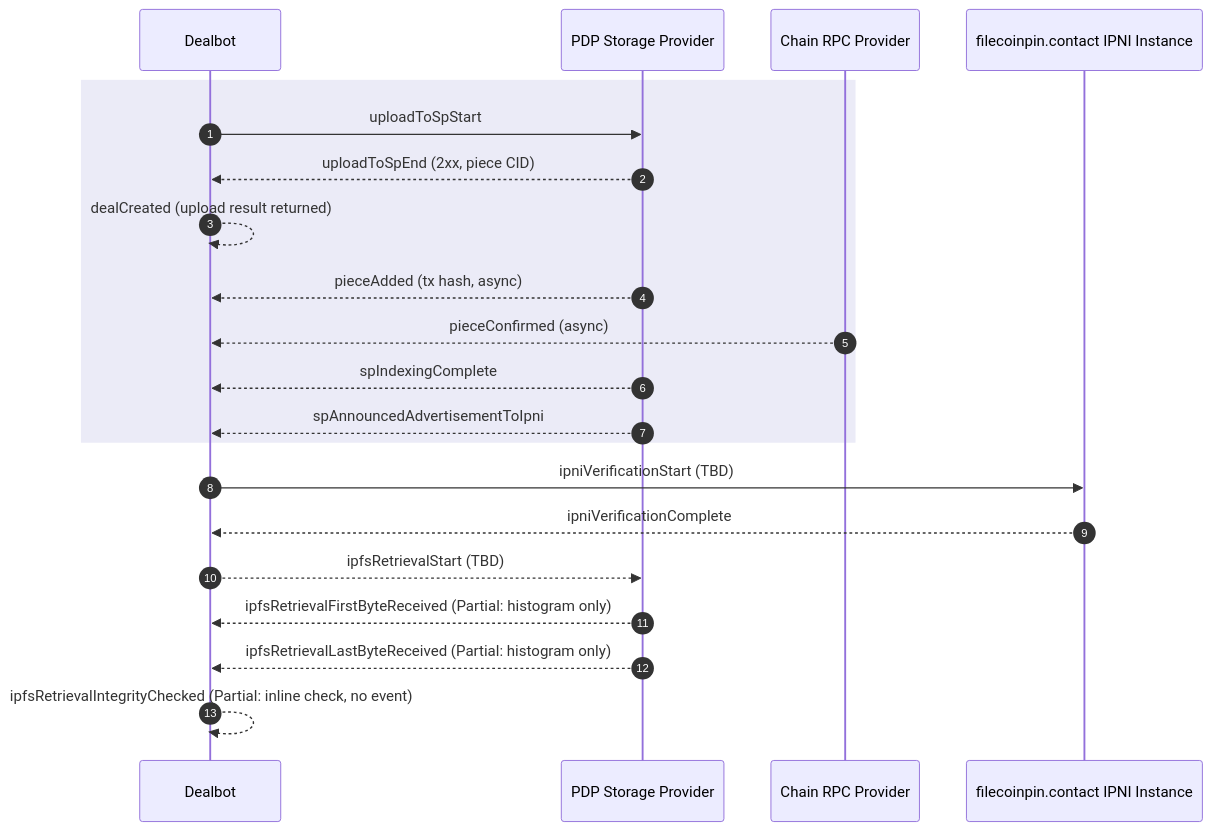
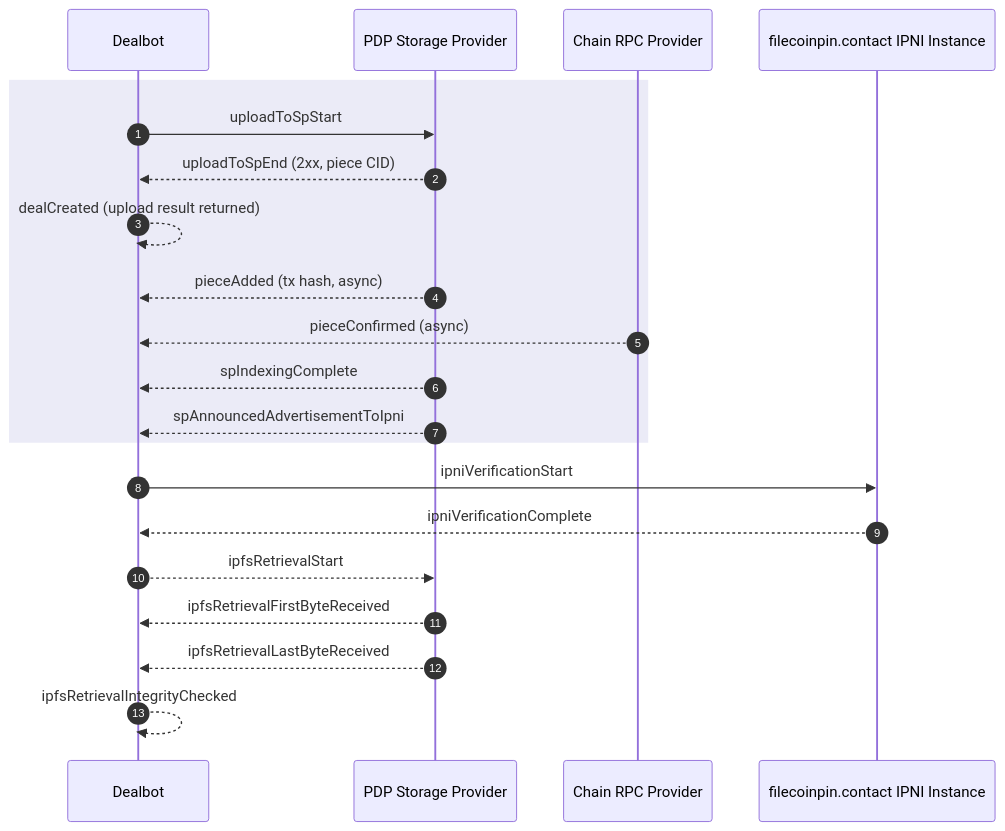
Before and after one commit to FilOzone/dealbot: the diagram in docs/checks/events-and-metrics.md, drawn with Mermaid. The commit also changed other lines of this file, not shown here.

First line of the commit message:
docs(events): reframe Event List as timing markers, not emitted events

````diff
--- a/docs/checks/events-and-metrics.md
+++ b/docs/checks/events-and-metrics.md
@@ -13,26 +13,26 @@
 ```mermaid
 sequenceDiagram
   autonumber
   participant Dealbot
   participant SP as PDP Storage Provider
   participant RPC as Chain RPC Provider
   participant IPNI as filecoinpin.contact IPNI Instance
 
   rect rgba(120, 120, 200, 0.15)
     %% Data Storage Only
     Dealbot->>SP: uploadToSpStart
     SP-->>Dealbot: uploadToSpEnd (2xx, piece CID)
     Dealbot-->>Dealbot: dealCreated (upload result returned)
     SP-->>Dealbot: pieceAdded (tx hash, async)
     RPC-->>Dealbot: pieceConfirmed (async)
     SP-->>Dealbot: spIndexingComplete
     SP-->>Dealbot: spAnnouncedAdvertisementToIpni
   end
 
-  Dealbot->>IPNI: ipniVerificationStart (TBD)
+  Dealbot->>IPNI: ipniVerificationStart
   IPNI-->>Dealbot: ipniVerificationComplete
-  Dealbot-->>SP: ipfsRetrievalStart (TBD)
-  SP-->>Dealbot: ipfsRetrievalFirstByteReceived (Partial: histogram only)
-  SP-->>Dealbot: ipfsRetrievalLastByteReceived (Partial: histogram only)
-  Dealbot-->>Dealbot: ipfsRetrievalIntegrityChecked (Partial: inline check, no event)
+  Dealbot-->>SP: ipfsRetrievalStart
+  SP-->>Dealbot: ipfsRetrievalFirstByteReceived
+  SP-->>Dealbot: ipfsRetrievalLastByteReceived
+  Dealbot-->>Dealbot: ipfsRetrievalIntegrityChecked
 ```
````
